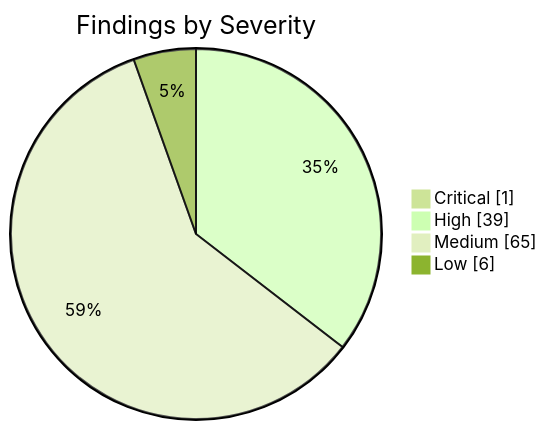
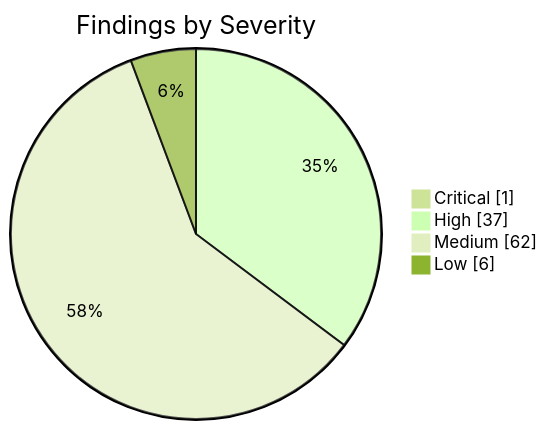
One commit to KBVE/kbve changed the first of 2 diagrams in apps/kbve/astro-kbve/src/content/docs/dashboard/security.mdx. Above: the diagram before and after it, drawn with Mermaid (forest theme). The commit also changed other lines of this file and 8 other files, not shown here.

````diff
--- a/apps/kbve/astro-kbve/src/content/docs/dashboard/security.mdx
+++ b/apps/kbve/astro-kbve/src/content/docs/dashboard/security.mdx
@@ -62,8 +62,8 @@
 ```mermaid
 pie showData
     title Findings by Severity
     "Critical" : 1
-    "High" : 39
-    "Medium" : 65
+    "High" : 37
+    "Medium" : 62
     "Low" : 6
 ```
````
